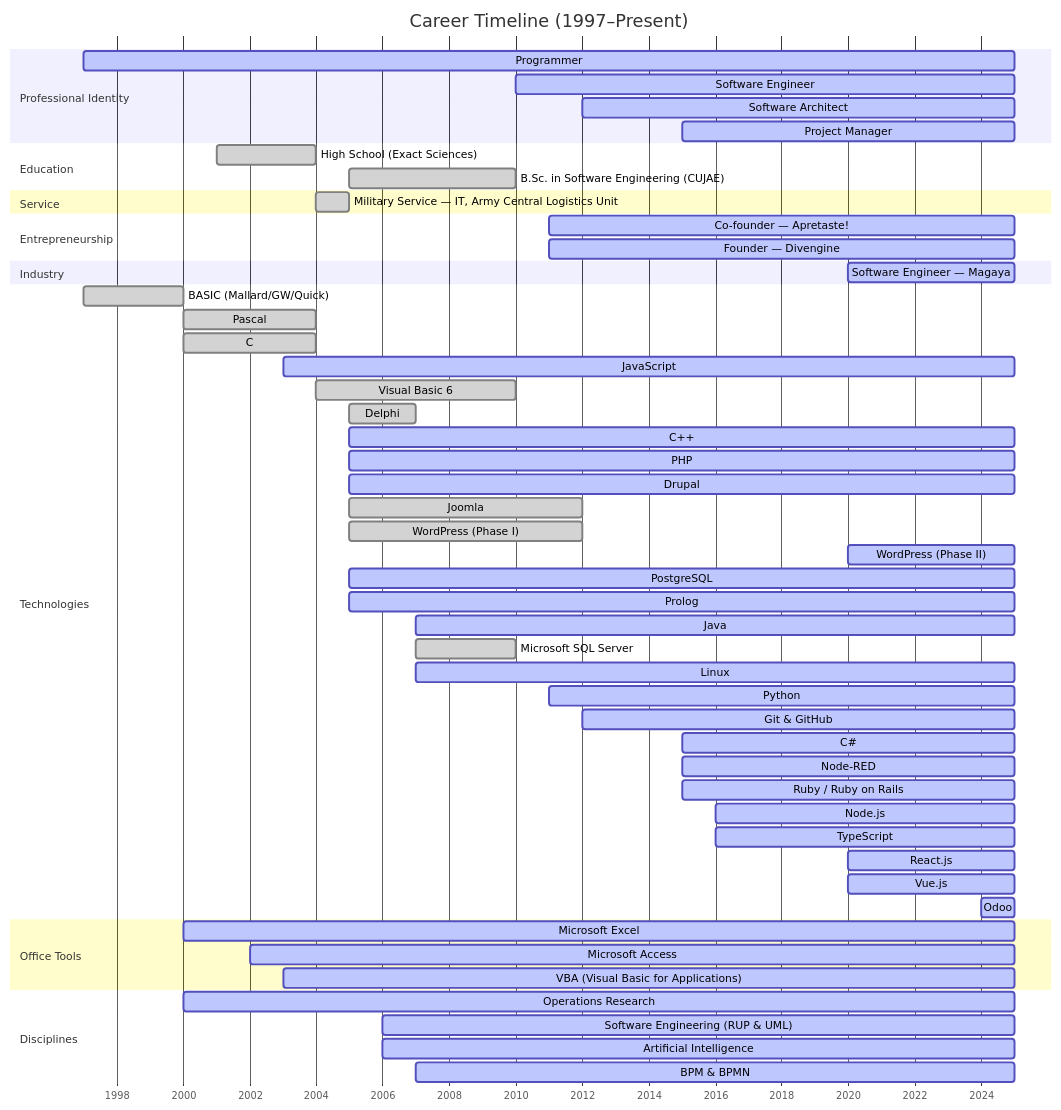
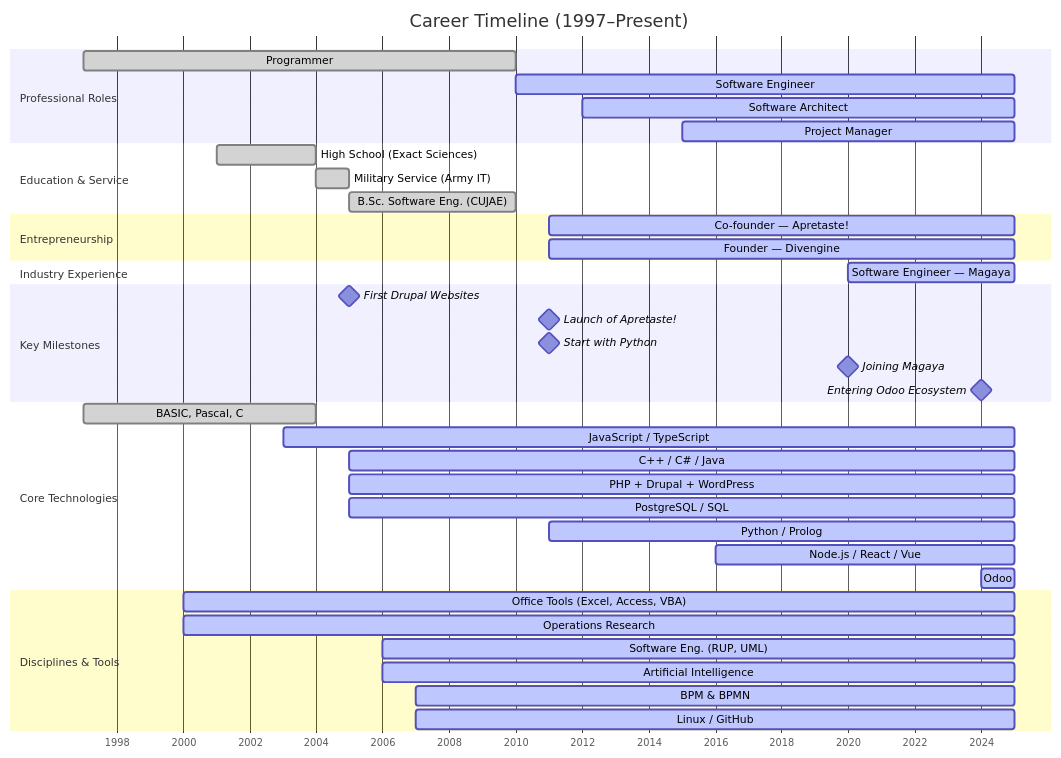
One commit to rafageist/rafageist changed the diagram in README.md. Above: the diagram before and after it, drawn with Mermaid.

````diff
--- a/README.md
+++ b/README.md
@@ -38,67 +38,50 @@
 ```mermaid
 gantt
-  dateFormat  YYYY
-  axisFormat  %Y
-  title  Career Timeline (1997–Present)
-  todayMarker on
+    dateFormat  YYYY
+    axisFormat  %Y
+    title  Career Timeline (1997–Present)
+    todayMarker on
 
-  section Professional Identity
-  Programmer                                :active, se, 1997, 2025
-  Software Engineer                         :active, se, 2010, 2025
-  Software Architect                        :active, sa, 2012, 2025
-  Project Manager                           :active, pm, 2015, 2025
+    section Professional Roles
+    Programmer                  :done,   1997, 2010
+    Software Engineer           :active, 2010, 2025
+    Software Architect          :active, 2012, 2025
+    Project Manager             :active, 2015, 2025
 
-  section Education
-  High School (Exact Sciences)              :done,  hs, 2001, 2004
-  B.Sc. in Software Engineering (CUJAE)     :done,  bs, 2005, 2010
+    section Education & Service
+    High School (Exact Sciences) :done, 2001, 2004
+    Military Service (Army IT)   :done, 2004, 2005
+    B.Sc. Software Eng. (CUJAE)  :done, 2005, 2010
 
-  section Service
-  Military Service — IT, Army Central Logistics Unit :done, mil, 2004, 2005
+    section Entrepreneurship
+    Co-founder — Apretaste!     :active, 2011, 2025
+    Founder — Divengine         :active, 2011, 2025
 
-  section Entrepreneurship
-  Co-founder — Apretaste!                   :active, ap, 2011, 2025
-  Founder — Divengine                       :active, de, 2011, 2025
+    section Industry Experience
+    Software Engineer — Magaya  :active, 2020, 2025
 
-  section Industry
-  Software Engineer — Magaya                :active, mg, 2020, 2025
+    section Key Milestones
+    First Drupal Websites       :milestone, 2005, 0y
+    Launch of Apretaste!        :milestone, 2011, 0y
+    Start with Python           :milestone, 2011, 0y
+    Joining Magaya              :milestone, 2020, 0y
+    Entering Odoo Ecosystem     :milestone, 2024, 0y
 
-  section Technologies
-  BASIC (Mallard/GW/Quick)                  :done,   bas, 1997, 2000
-  Pascal                                    :done,   pas, 2000, 2004
-  C                                         :done,   c,   2000, 2004
-  JavaScript                                :active, js,  2003, 2025
-  Visual Basic 6                            :done,   vb6, 2004, 2010
-  Delphi                                    :done,   del, 2005, 2007
-  C++                                       :active, cpp, 2005, 2025
-  PHP                                       :active, php, 2005, 2025
-  Drupal                                    :active, drp, 2005, 2025
-  Joomla                                    :done,   jml, 2005, 2012
-  WordPress (Phase I)                       :done,   wp1, 2005, 2012
-  WordPress (Phase II)                      :active, wp2, 2020, 2025
-  PostgreSQL                                :active, pg,  2005, 2025
-  Prolog                                    :active, pl,  2005, 2025
-  Java                                      :active, jav, 2007, 2025
-  Microsoft SQL Server                      :done,   mss, 2007, 2010
-  Linux                                     :active, lin, 2007, 2025
-  Python                                    :active, py,  2011, 2025
-  Git & GitHub                              :active, git, 2012, 2025
-  C#                                        :active, cs,  2015, 2025
-  Node-RED                                  :active, nrd, 2015, 2025
-  Ruby / Ruby on Rails                      :active, rb,  2015, 2025
-  Node.js                                   :active, ndj, 2016, 2025
-  TypeScript                                :active, ts,  2016, 2025
-  React.js                                  :active, rjs, 2020, 2025
-  Vue.js                                    :active, vjs, 2020, 2025
-  Odoo                                      :active, odd, 2024, 2025
+    section Core Technologies
+    BASIC, Pascal, C            :done,   1997, 2004
+    JavaScript / TypeScript     :active, 2003, 2025
+    C++ / C# / Java             :active, 2005, 2025
+    PHP + Drupal + WordPress    :active, 2005, 2025
+    PostgreSQL / SQL            :active, 2005, 2025
+    Python / Prolog             :active, 2011, 2025
+    Node.js / React / Vue       :active, 2016, 2025
+    Odoo                        :active, 2024, 2025
 
-  section Office Tools
-  Microsoft Excel                           :active, xls, 2000, 2025
-  Microsoft Access                          :active, acc, 2002, 2025
-  VBA (Visual Basic for Applications)       :active, vba, 2003, 2025
-
-  section Disciplines
-  Operations Research                       :active, or,  2000, 2025
-  Software Engineering (RUP & UML)          :active, rup, 2006, 2025
-  Artificial Intelligence                   :active, ai,  2006, 2025
-  BPM & BPMN                                :active, bpm, 2007, 2025
+    section Disciplines & Tools
+    Office Tools (Excel, Access, VBA) :active, 2000, 2025
+    Operations Research         :active, 2000, 2025
+    Software Eng. (RUP, UML)    :active, 2006, 2025
+    Artificial Intelligence     :active, 2006, 2025
+    BPM & BPMN                  :active, 2007, 2025
+    Linux / GitHub              :active, 2007, 2025
 ```
````
